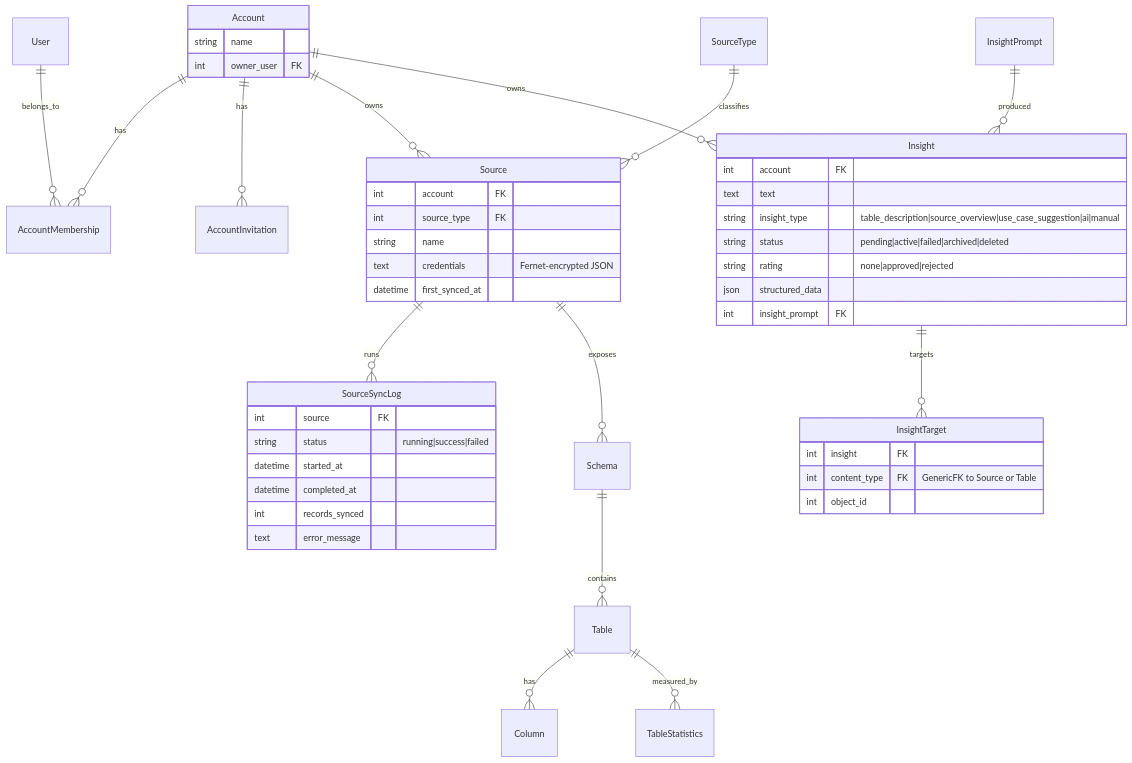
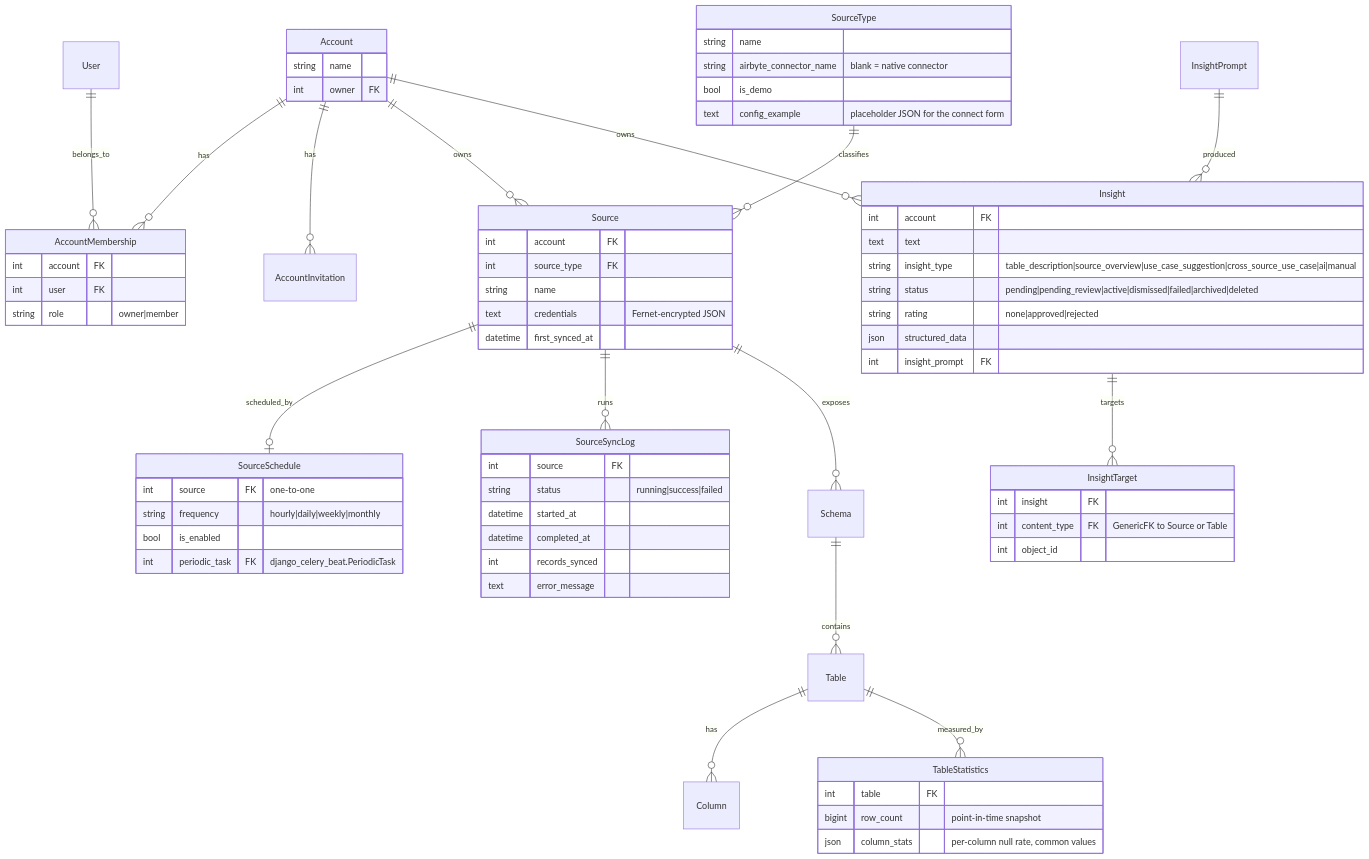
One commit to brayden-s-haws/Flint changed the third of 3 diagrams in README.md. Above: the diagram before and after it, drawn with Mermaid. The commit also changed other lines of this file and 6 other files, not shown here.

Commit message:
Remove unused "memory" folder and its files (MEMORY.md, project_mvp_status.md). Update README.md to document app statuses, demo mode, Airbyte-backed sources, major patterns, and sync processes. Add missing views and workflows to architecture diagrams.

````diff
--- a/README.md
+++ b/README.md
@@ -128,50 +170,73 @@
 ```mermaid
 erDiagram
     Account ||--o{ AccountMembership : has
     Account ||--o{ AccountInvitation : has
     Account ||--o{ Source : owns
     Account ||--o{ Insight : owns
     User ||--o{ AccountMembership : belongs_to
     SourceType ||--o{ Source : classifies
+    Source ||--o| SourceSchedule : scheduled_by
     Source ||--o{ SourceSyncLog : runs
     Source ||--o{ Schema : exposes
     Schema ||--o{ Table : contains
     Table ||--o{ Column : has
     Table ||--o{ TableStatistics : measured_by
     Insight ||--o{ InsightTarget : targets
     InsightPrompt ||--o{ Insight : produced
 
     Account {
         string name
-        int owner_user FK
+        int owner FK
+    }
+    AccountMembership {
+        int account FK
+        int user FK
+        string role "owner|member"
+    }
+    SourceType {
+        string name
+        string airbyte_connector_name "blank = native connector"
+        bool is_demo
+        text config_example "placeholder JSON for the connect form"
     }
     Source {
         int account FK
         int source_type FK
         string name
         text credentials "Fernet-encrypted JSON"
         datetime first_synced_at
+    }
+    SourceSchedule {
+        int source FK "one-to-one"
+        string frequency "hourly|daily|weekly|monthly"
+        bool is_enabled
+        int periodic_task FK "django_celery_beat.PeriodicTask"
     }
     SourceSyncLog {
         int source FK
         string status "running|success|failed"
         datetime started_at
         datetime completed_at
         int records_synced
         text error_message
     }
+    TableStatistics {
+        int table FK
+        bigint row_count "point-in-time snapshot"
+        json column_stats "per-column null rate, common values"
+    }
     Insight {
         int account FK
         text text
-        string insight_type "table_description|source_overview|use_case_suggestion|ai|manual"
-        string status "pending|active|failed|archived|deleted"
+        string insight_type "table_description|source_overview|use_case_suggestion|cross_source_use_case|ai|manual"
+        string status "pending|pending_review|active|dismissed|failed|archived|deleted"
         string rating "none|approved|rejected"
         json structured_data
         int insight_prompt FK
     }
     InsightTarget {
         int insight FK
         int content_type FK "GenericFK to Source or Table"
         int object_id
     }
 ```
````
